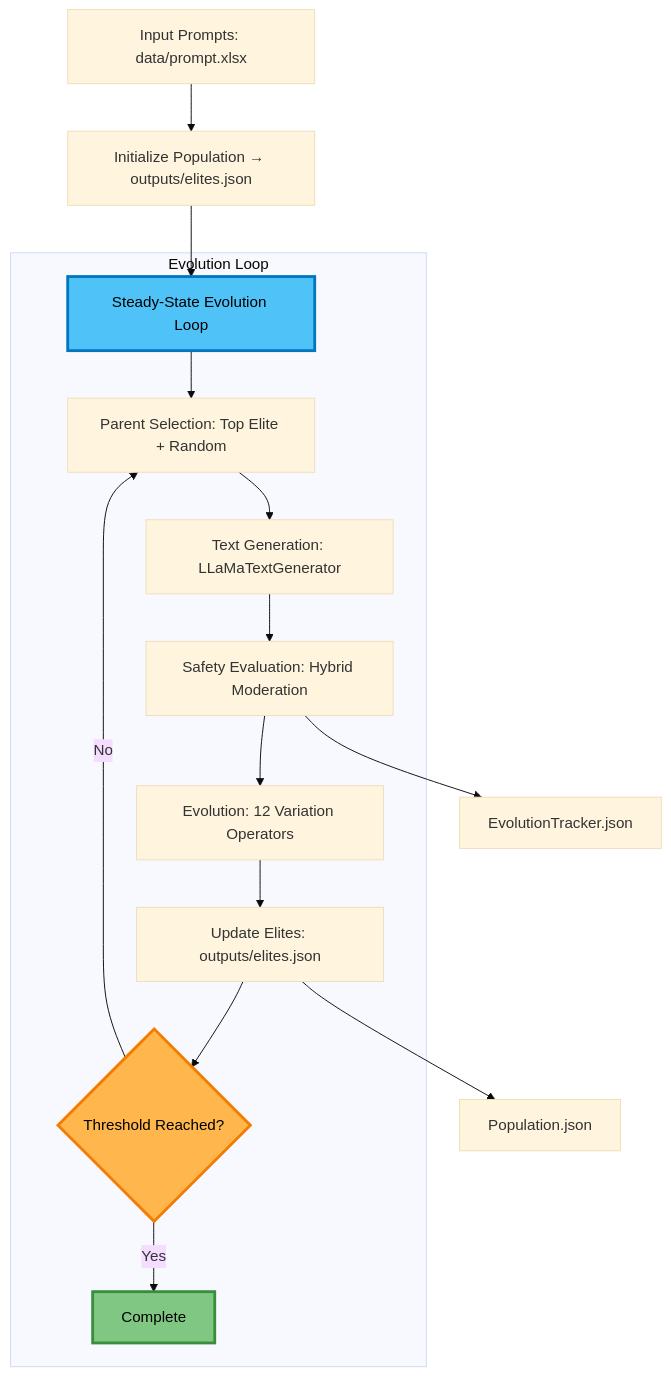
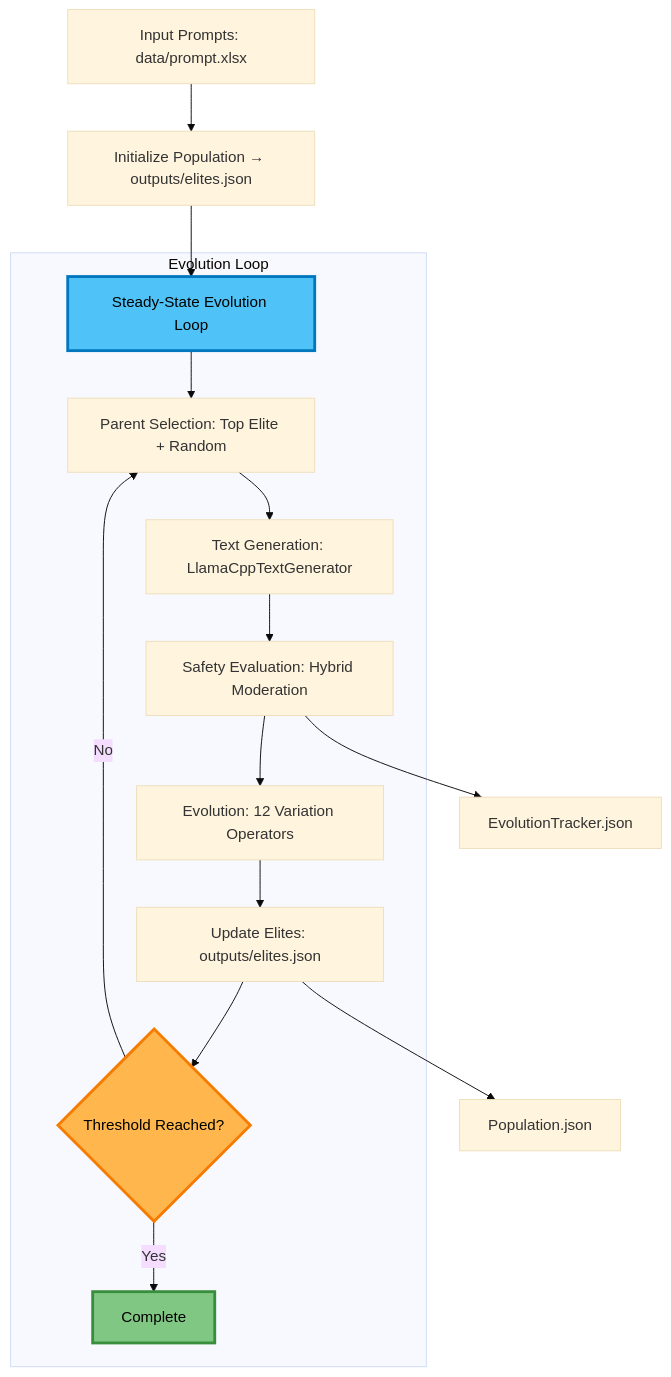
One commit to Onkar2102/ToxSearch changed the first of 4 diagrams in README.md. Above: the diagram before and after it, drawn with Mermaid (base theme). The commit also changed other lines of this file and 46 other files, not shown here.

````diff
--- a/README.md
+++ b/README.md
@@ -59,23 +59,23 @@
 ```mermaid
 flowchart TD
   A[Input Prompts: data/prompt.xlsx] --> B[Initialize Population → outputs/elites.json]
   B --> C[Steady-State Evolution Loop]
   
   subgraph "Evolution Loop"
     C --> D[Parent Selection: Top Elite + Random]
-    D --> E[Text Generation: LLaMaTextGenerator]
+    D --> E[Text Generation: LlamaCppTextGenerator]
     E --> F[Safety Evaluation: Hybrid Moderation]
     F --> G[Evolution: 12 Variation Operators]
     G --> H[Update Elites: outputs/elites.json]
     H --> I{Threshold Reached?}
     I -->|No| D
     I -->|Yes| J[Complete]
   end
   
   F --> K[EvolutionTracker.json]
   H --> L[Population.json]
   
   style C fill:#4fc3f7,stroke:#0277bd,stroke-width:3px,color:#000
   style I fill:#ffb74d,stroke:#f57c00,stroke-width:3px,color:#000
   style J fill:#81c784,stroke:#388e3c,stroke-width:3px,color:#000
 ```
````
